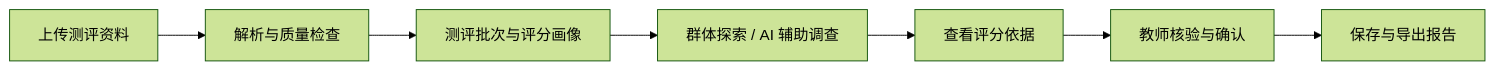
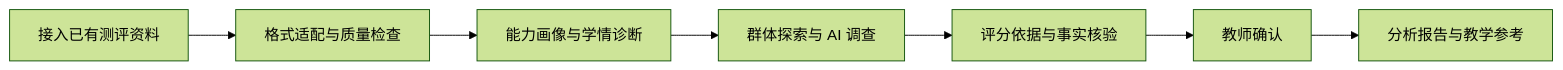
The first of 2 diagrams in README.md (ZAMYL/weiran-edu), drawn with Mermaid (forest theme) before and after one commit. The commit also changed other lines of this file, not shown here.

````diff
--- a/README.md
+++ b/README.md
@@ -50,9 +50,9 @@
 ```mermaid
 flowchart LR
-    A["上传测评资料"] --> B["解析与质量检查"]
-    B --> C["测评批次与评分画像"]
-    C --> D["群体探索 / AI 辅助调查"]
-    D --> E["查看评分依据"]
-    E --> F["教师核验与确认"]
-    F --> G["保存与导出报告"]
+    A["接入已有测评资料"] --> B["格式适配与质量检查"]
+    B --> C["能力画像与学情诊断"]
+    C --> D["群体探索与 AI 调查"]
+    D --> E["评分依据与事实核验"]
+    E --> F["教师确认"]
+    F --> G["分析报告与教学参考"]
 ```
````
